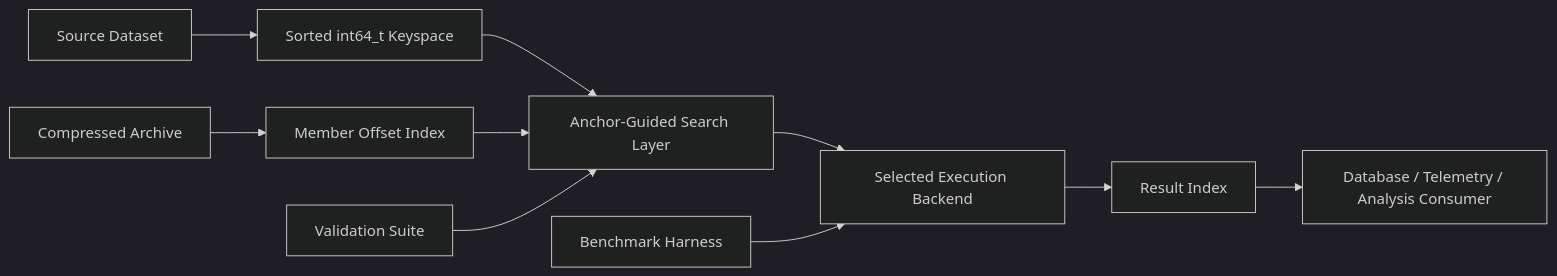
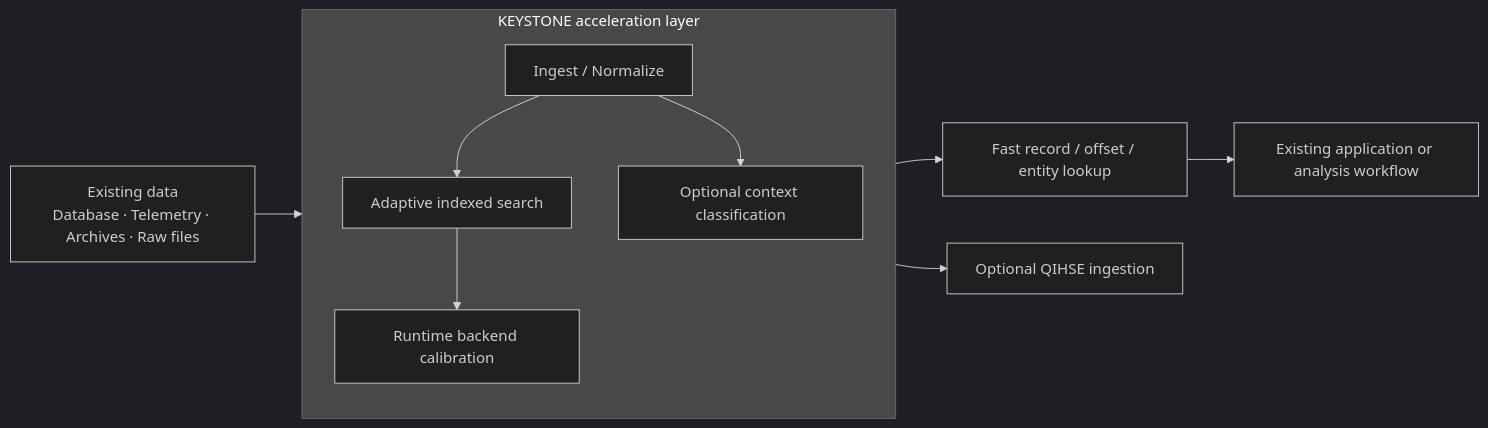
The first of 2 diagrams in README.md (SWORDIntel/KEYSTONE), drawn with Mermaid (dark theme) before and after one commit. The commit also changed other lines of this file, not shown here.

````diff
--- a/README.md
+++ b/README.md
@@ -190,14 +71,14 @@
 ```mermaid
 flowchart LR
-    Source["Source Dataset"] --> Normalize["Sorted int64_t Keyspace"]
-    Normalize --> Anchor["Anchor-Guided Search Layer"]
-    Anchor --> Backend["Selected Execution Backend"]
-    Backend --> Index["Result Index"]
-    Index --> Consumer["Database / Telemetry / Analysis Consumer"]
+    A["Existing data\nDatabase · Telemetry · Archives · Raw files"] --> K["KEYSTONE"]
 
-    Archive["Compressed Archive"] --> Member["Member Offset Index"]
-    Member --> Anchor
+    subgraph K["KEYSTONE acceleration layer"]
+        I["Ingest / Normalize"] --> S["Adaptive indexed search"]
+        S --> C["Runtime backend calibration"]
+        I --> M["Optional context classification"]
+    end
 
-    Bench["Benchmark Harness"] --> Backend
-    Tests["Validation Suite"] --> Anchor
+    K --> R["Fast record / offset / entity lookup"]
+    K --> Q["Optional QIHSE ingestion"]
+    R --> X["Existing application or analysis workflow"]
 ```
````
